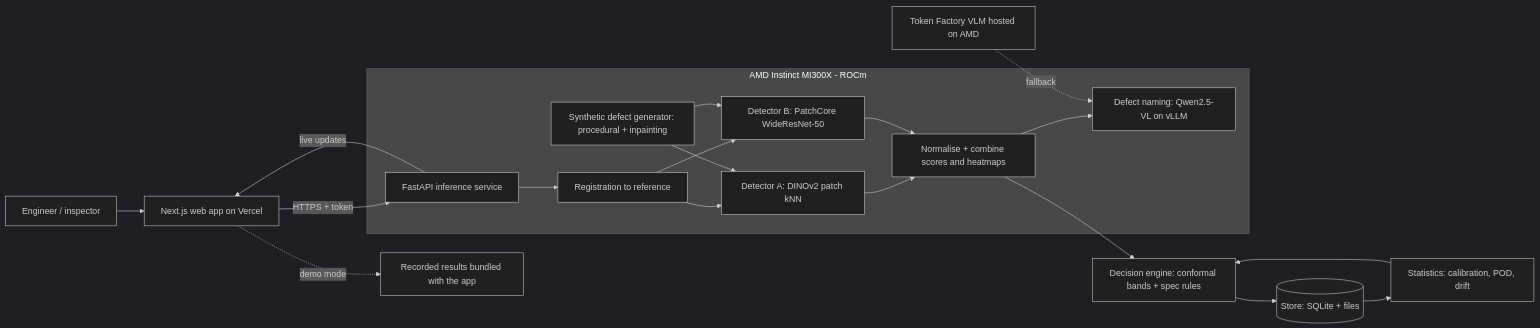
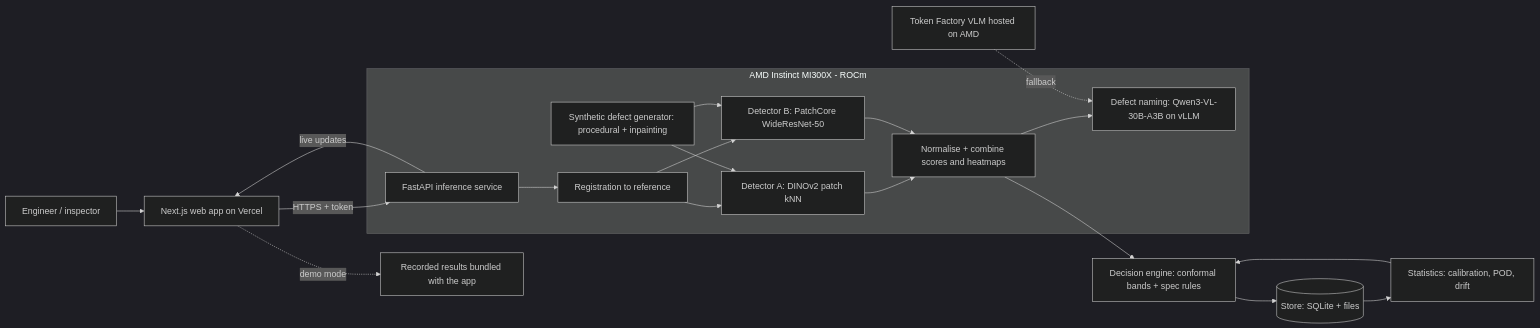
The first of 2 diagrams in README.md (suyog3006/GoodPart), drawn with Mermaid (dark theme) before and after one commit. The commit also changed other lines of this file and 5 other files, not shown here.

Commit message:
README: real setup, measured limitations, a90/95 definition; requirements; generated results tables; Qwen3-VL naming

````diff
--- a/README.md
+++ b/README.md
@@ -273,22 +274,22 @@
 ```mermaid
 flowchart LR
     U["Engineer / inspector"] --> WEB["Next.js web app on Vercel"]
     WEB -->|"HTTPS + token"| API["FastAPI inference service"]
     WEB -.->|"demo mode"| REC["Recorded results bundled with the app"]
     subgraph AMD["AMD Instinct MI300X - ROCm"]
         API --> REG["Registration to reference"]
         REG --> DA["Detector A: DINOv2 patch kNN"]
         REG --> DB2["Detector B: PatchCore WideResNet-50"]
         GEN["Synthetic defect generator: procedural + inpainting"] --> DA
         GEN --> DB2
         DA --> COMB["Normalise + combine scores and heatmaps"]
         DB2 --> COMB
-        COMB --> VLM["Defect naming: Qwen2.5-VL on vLLM"]
+        COMB --> VLM["Defect naming: Qwen3-VL-30B-A3B on vLLM"]
     end
     COMB --> DEC["Decision engine: conformal bands + spec rules"]
     DEC --> STORE[("Store: SQLite + files")]
     STORE --> STATS["Statistics: calibration, POD, drift"]
     STATS --> DEC
     API -->|"live updates"| WEB
     TF["Token Factory VLM hosted on AMD"] -.->|"fallback"| VLM
 ```
````
